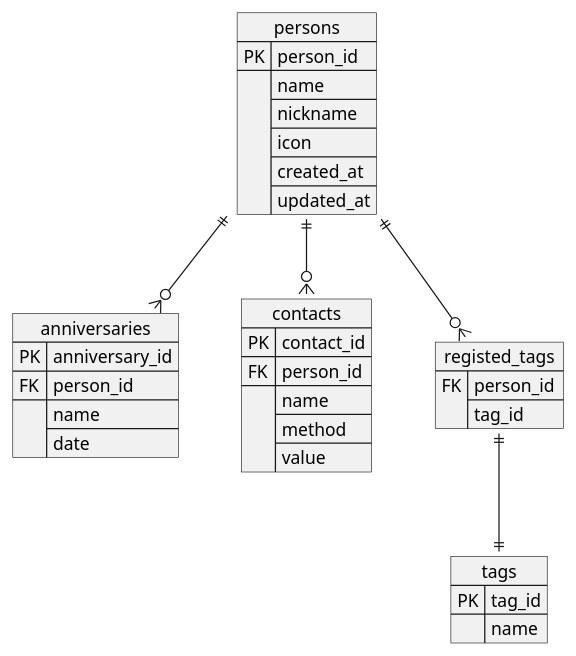
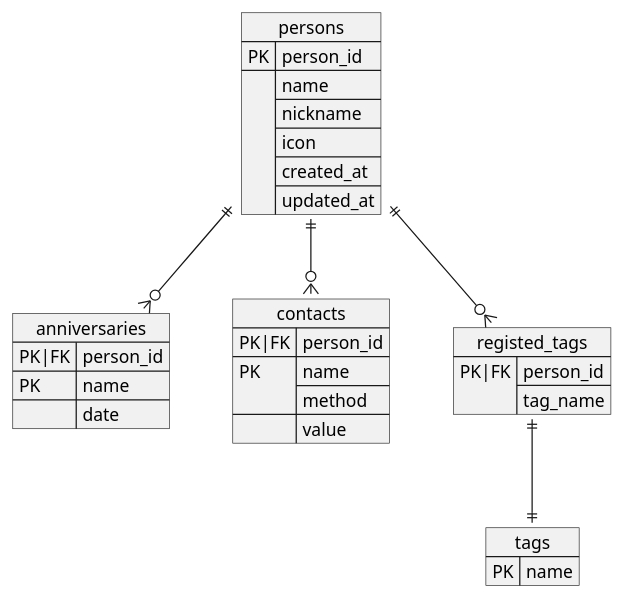
Before and after one commit to nmskm240/friend_list: the diagram in uml/entity_relationship_diagram.pu, drawn with PlantUML. The commit also changed 1 other file, not shown here.

Commit message:
fix er diagram

```diff
--- a/uml/entity_relationship_diagram.pu
+++ b/uml/entity_relationship_diagram.pu
@@ -1,31 +1,42 @@
 @startuml
 hide circle
 
 json anniversaries {
-    "PK": "anniversary_id",
-    "FK": "person_id",
-    "": ["name", "date"]
+    "PK|FK": "person_id",
+    "PK": "name",
+    "": "date"
 }
 json contacts {
-    "PK": "contact_id",
-    "FK": "person_id",
-    "": ["name", "method", "value"]
-}
-json tags {
-    "PK": "tag_id",
-    "": "name"
+    "PK|FK": "person_id",
+    "PK": [
+        "name",
+        "method"
+    ],
+    "": "value"
 }
 json persons {
     "PK": "person_id",
-    "": ["name", "nickname", "icon", "created_at", "updated_at"]
+    "": [
+        "name",
+        "nickname",
+        "icon",
+        "created_at",
+        "updated_at"
+    ]
 }
 json registed_tags {
-    "FK": ["person_id", "tag_id"]
+    "PK|FK": [
+        "person_id",
+        "tag_name"
+    ]
+}
+json tags {
+    "PK": "name"
 }
 
-persons ||--o{ anniversaries
-persons ||--o{ contacts
-persons ||--o{ registed_tags
+persons ||--o{anniversaries
+persons ||--o{contacts
+persons ||--o{registed_tags
 registed_tags ||--|| tags
 
 @enduml
```
